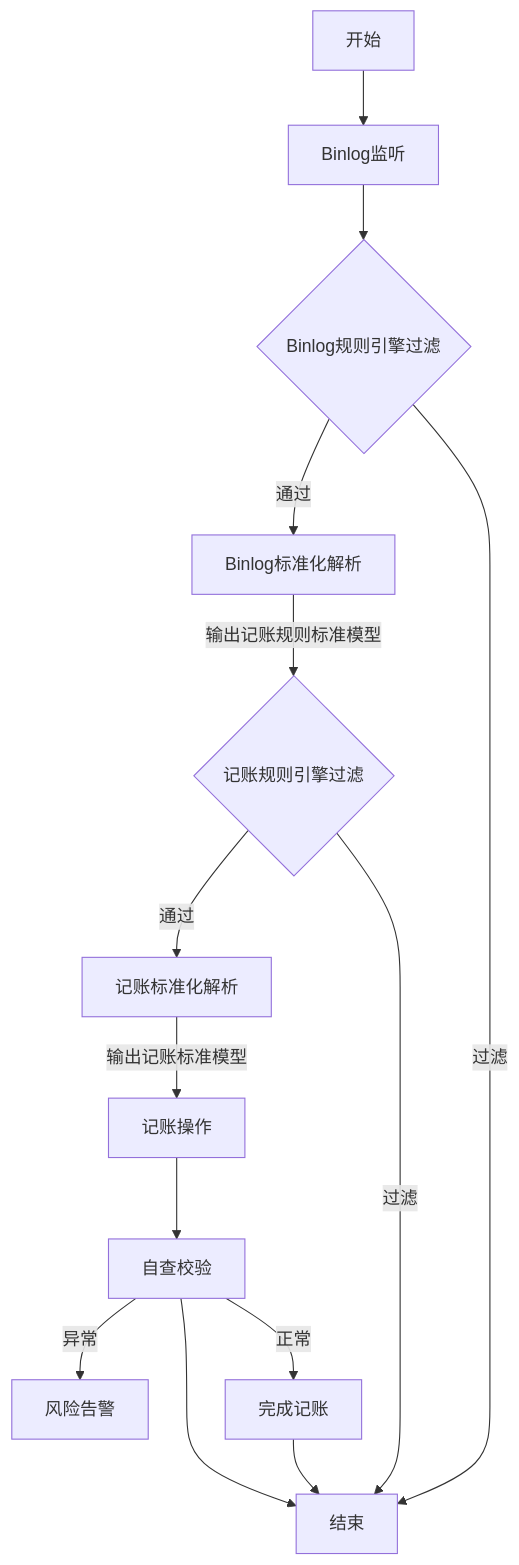
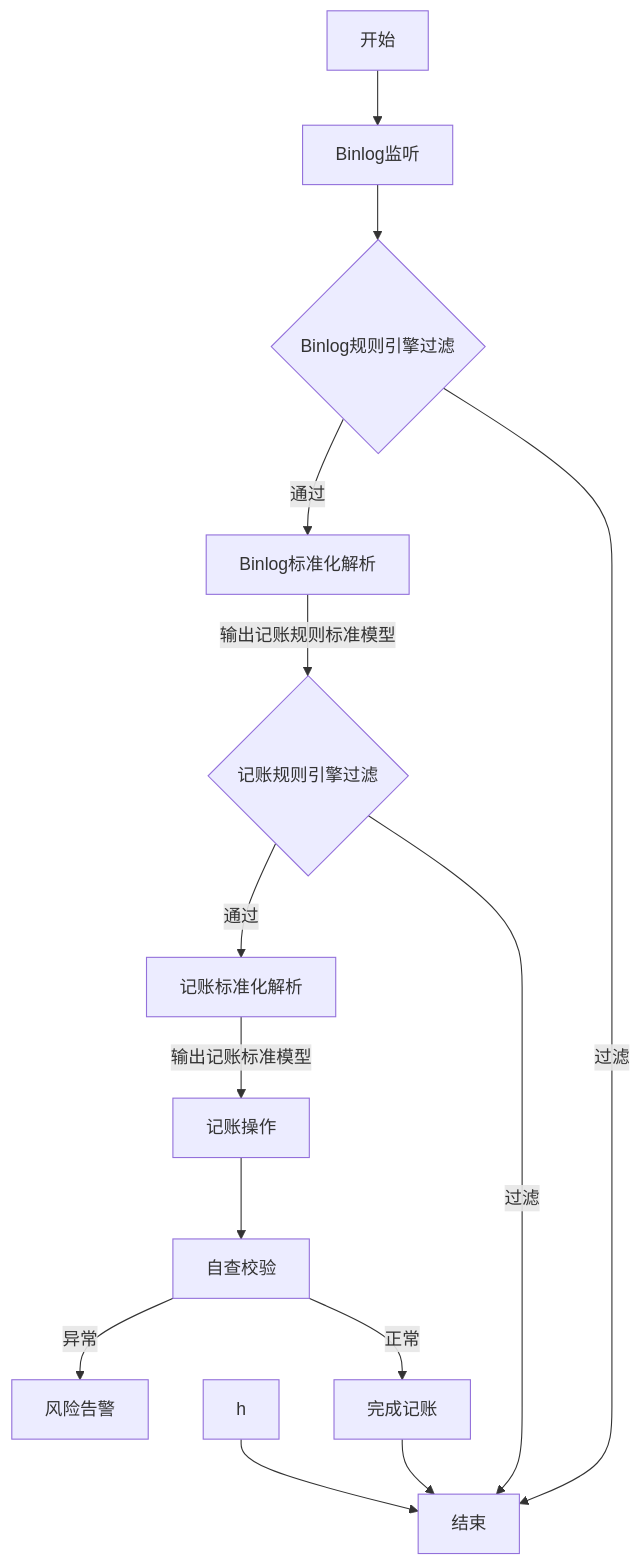
The diagram in all/记账架构流程图.md (87828943/iodraw-files), drawn with Mermaid before and after one commit.

Commit message:
2025-07-07 14:56:33 update

````diff
--- a/all/记账架构流程图.md
+++ b/all/记账架构流程图.md
@@ -1,16 +1,16 @@
 ```mermaid
 graph TD
     Z[开始] --> A
     A[Binlog监听] --> B{Binlog规则引擎过滤}
     B -->|通过| C[Binlog标准化解析]
     B -->|过滤| K[结束]
     C --> |输出记账规则标准模型|D{记账规则引擎过滤}
     D --> |通过|E[记账标准化解析]
     D --> |过滤|K
     E --> |输出记账标准模型|F[记账操作]
     F --> G[自查校验]
     G -->|异常| H[风险告警]
-    G -->  K[结束]
+    h -->  K[结束]
     G -->|正常| I[完成记账]
     I -->  K[结束]
 ```
````
